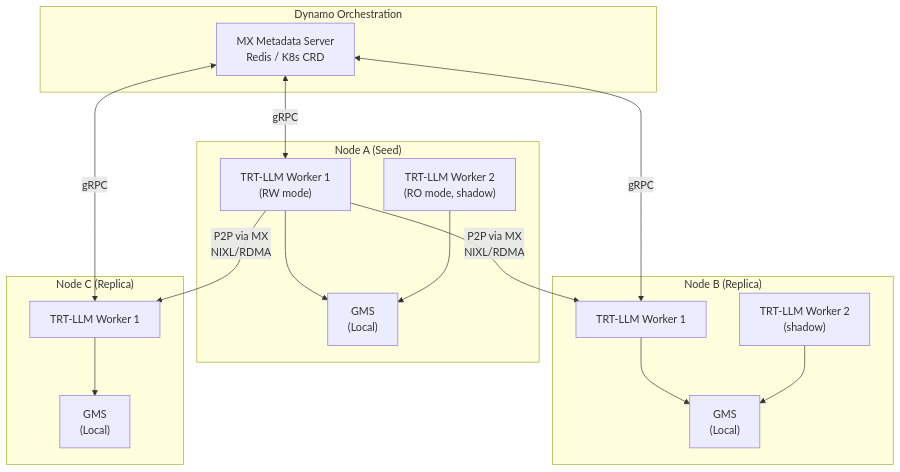
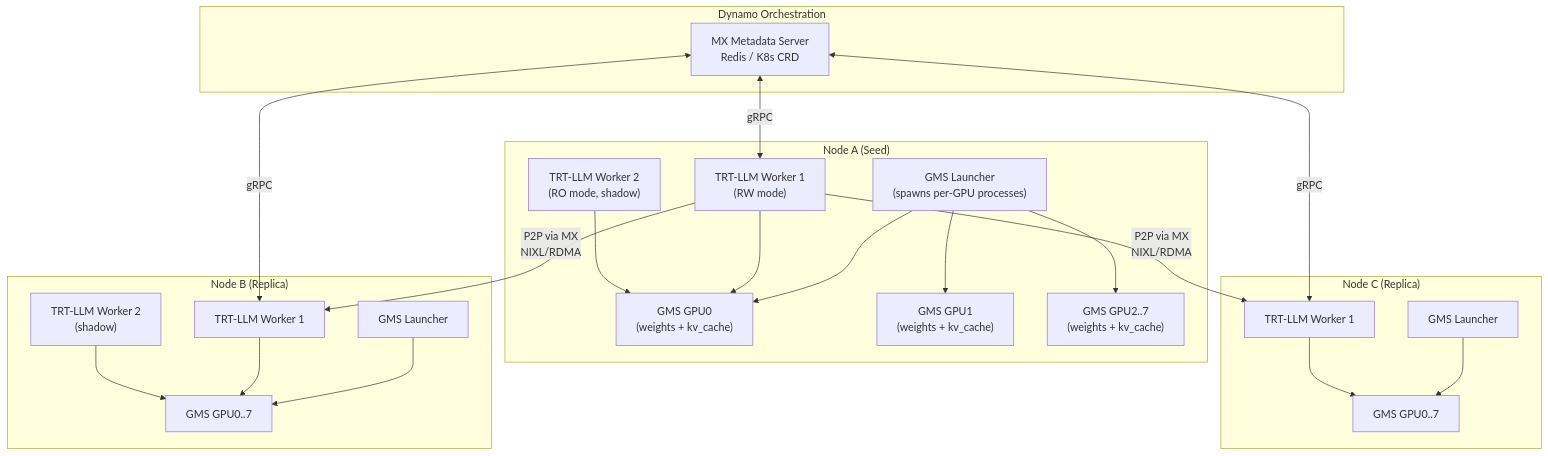
The first of 5 diagrams in docs/design/mx-gms-integration/03-architecture.md (chienchunhung/TensorRT-LLM), drawn with Mermaid before and after one commit. The commit also changed other lines of this file and 10 other files, not shown here.

First line of the commit message:
[None][docs] Reframe GMS value prop, add tiered compile cache design, add repo references

````diff
--- a/docs/design/mx-gms-integration/03-architecture.md
+++ b/docs/design/mx-gms-integration/03-architecture.md
@@ -7,34 +7,44 @@
 ```mermaid
 graph TB
     subgraph "Dynamo Orchestration"
         MXServer["MX Metadata Server<br/>Redis / K8s CRD"]
     end
 
     subgraph "Node A (Seed)"
-        GMS_A["GMS<br/>(Local)"]
+        GMS_A["GMS Launcher<br/>(spawns per-GPU processes)"]
+        GMS_A0["GMS GPU0<br/>(weights + kv_cache)"]
+        GMS_A1["GMS GPU1<br/>(weights + kv_cache)"]
+        GMS_AN["GMS GPU2..7<br/>(weights + kv_cache)"]
+        GMS_A --> GMS_A0
+        GMS_A --> GMS_A1
+        GMS_A --> GMS_AN
         W_A1["TRT-LLM Worker 1<br/>(RW mode)"]
         W_A2["TRT-LLM Worker 2<br/>(RO mode, shadow)"]
-        W_A1 --> GMS_A
-        W_A2 --> GMS_A
+        W_A1 --> GMS_A0
+        W_A2 --> GMS_A0
     end
 
     subgraph "Node B (Replica)"
-        GMS_B["GMS<br/>(Local)"]
+        GMS_B["GMS Launcher"]
+        GMS_B0["GMS GPU0..7"]
+        GMS_B --> GMS_B0
         W_B1["TRT-LLM Worker 1"]
         W_B2["TRT-LLM Worker 2<br/>(shadow)"]
-        W_B1 --> GMS_B
-        W_B2 --> GMS_B
+        W_B1 --> GMS_B0
+        W_B2 --> GMS_B0
     end
 
     subgraph "Node C (Replica)"
-        GMS_C["GMS<br/>(Local)"]
+        GMS_C["GMS Launcher"]
+        GMS_C0["GMS GPU0..7"]
+        GMS_C --> GMS_C0
         W_C1["TRT-LLM Worker 1"]
-        W_C1 --> GMS_C
+        W_C1 --> GMS_C0
     end
 
     MXServer <-->|gRPC| W_A1
     MXServer <-->|gRPC| W_B1
     MXServer <-->|gRPC| W_C1
     W_A1 -->|"P2P via MX<br/>NIXL/RDMA"| W_B1
     W_A1 -->|"P2P via MX<br/>NIXL/RDMA"| W_C1
 ```
````
